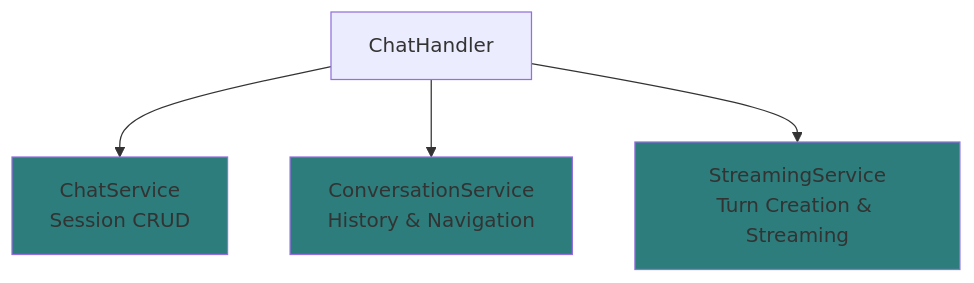
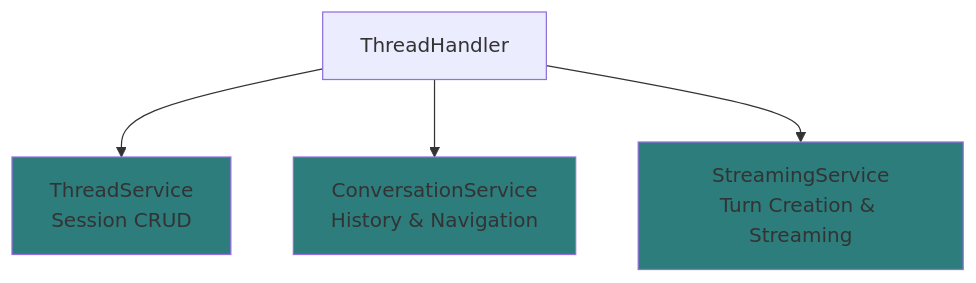
The second of 4 diagrams in _docs/technical/backend/architecture/overview.md (haowjy/meridian-flow), drawn with Mermaid before and after one commit. The commit also changed other lines of this file and 271 other files, not shown here.

````diff
--- a/_docs/technical/backend/architecture/overview.md
+++ b/_docs/technical/backend/architecture/overview.md
@@ -205,16 +205,16 @@
 ```mermaid
 graph TB
-    Handler[ChatHandler]
+    Handler[ThreadHandler]
 
-    Chat[ChatService<br/>Session CRUD]
+    Thread[ThreadService<br/>Session CRUD]
     Convo[ConversationService<br/>History & Navigation]
     Stream[StreamingService<br/>Turn Creation & Streaming]
 
-    Handler --> Chat
+    Handler --> Thread
     Handler --> Convo
     Handler --> Stream
 
-    style Chat fill:#2d7d7d
+    style Thread fill:#2d7d7d
     style Convo fill:#2d7d7d
     style Stream fill:#2d7d7d
 ```
````
